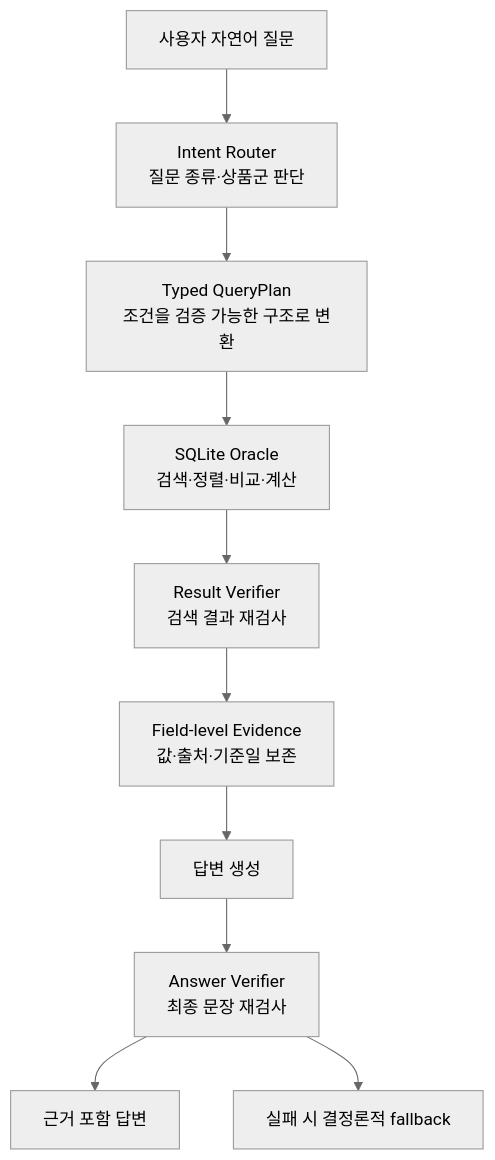
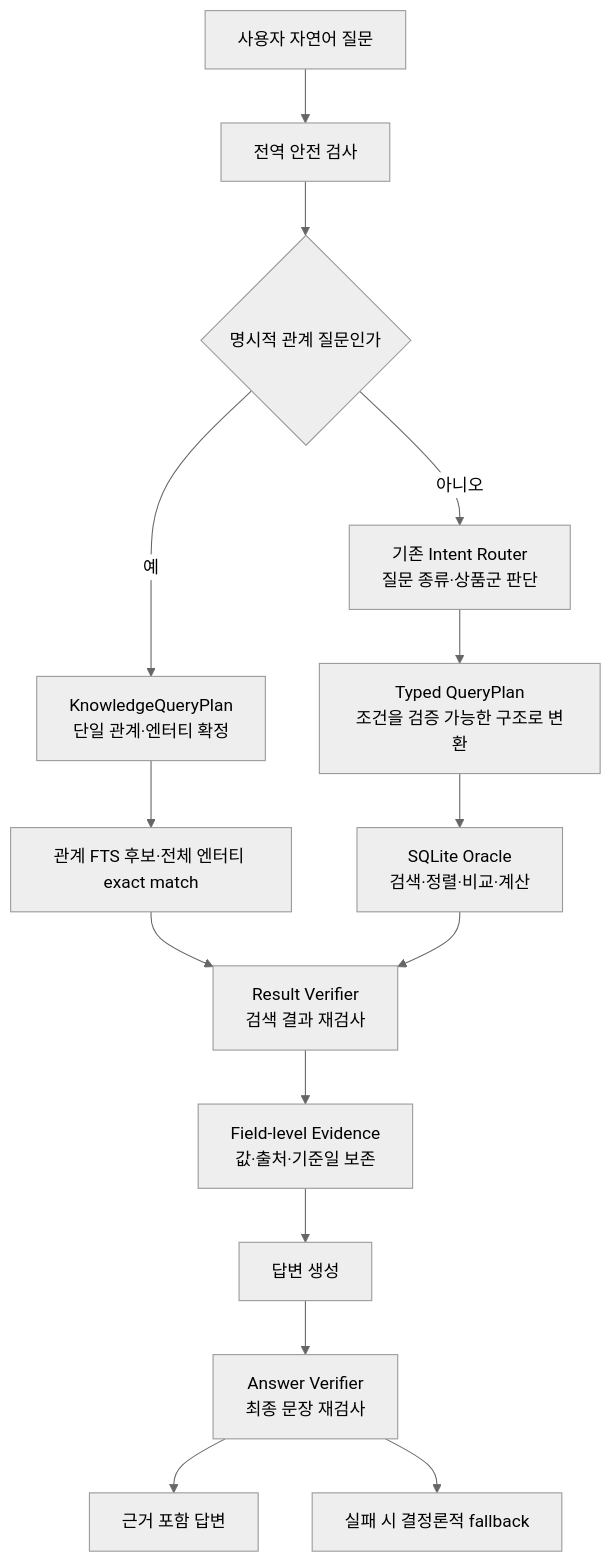
One commit to Hyunhoim/gaeng3 changed the diagram in finance_agent/README.md. Above: the diagram before and after it, drawn with Mermaid (neutral theme). The commit also changed other lines of this file and 26 other files, not shown here.

````diff
--- a/finance_agent/README.md
+++ b/finance_agent/README.md
@@ -34,12 +36,17 @@
 ```mermaid
 flowchart TD
-    Q["사용자 자연어 질문"] --> R["Intent Router<br/>질문 종류·상품군 판단"]
+    Q["사용자 자연어 질문"] --> S["전역 안전 검사"]
+    S --> KR{"명시적 관계 질문인가"}
+    KR -->|아니오| R["기존 Intent Router<br/>질문 종류·상품군 판단"]
     R --> P["Typed QueryPlan<br/>조건을 검증 가능한 구조로 변환"]
     P --> O["SQLite Oracle<br/>검색·정렬·비교·계산"]
+    KR -->|예| KP["KnowledgeQueryPlan<br/>단일 관계·엔터티 확정"]
+    KP --> RO["관계 FTS 후보·전체 엔터티 exact match"]
+    RO --> V
     O --> V["Result Verifier<br/>검색 결과 재검사"]
     V --> E["Field-level Evidence<br/>값·출처·기준일 보존"]
     E --> A["답변 생성"]
     A --> AV["Answer Verifier<br/>최종 문장 재검사"]
     AV --> OUT["근거 포함 답변"]
     AV --> F["실패 시 결정론적 fallback"]
 ```
````
